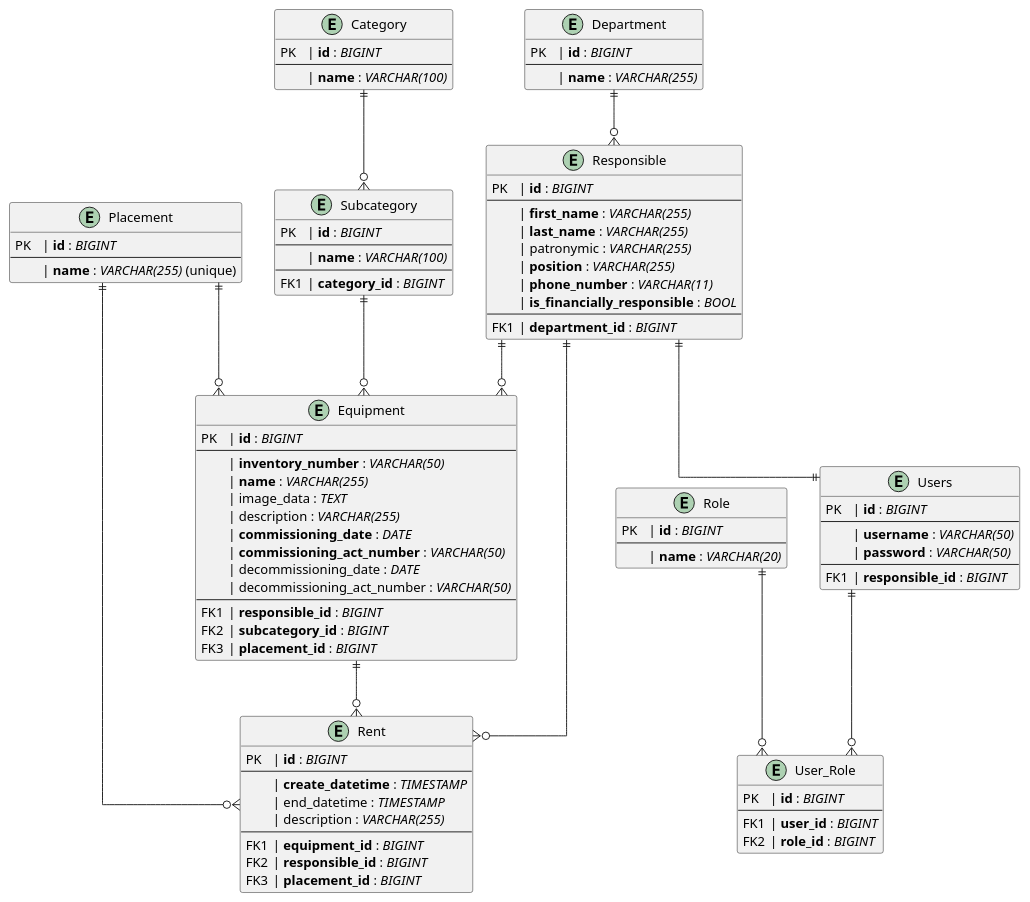
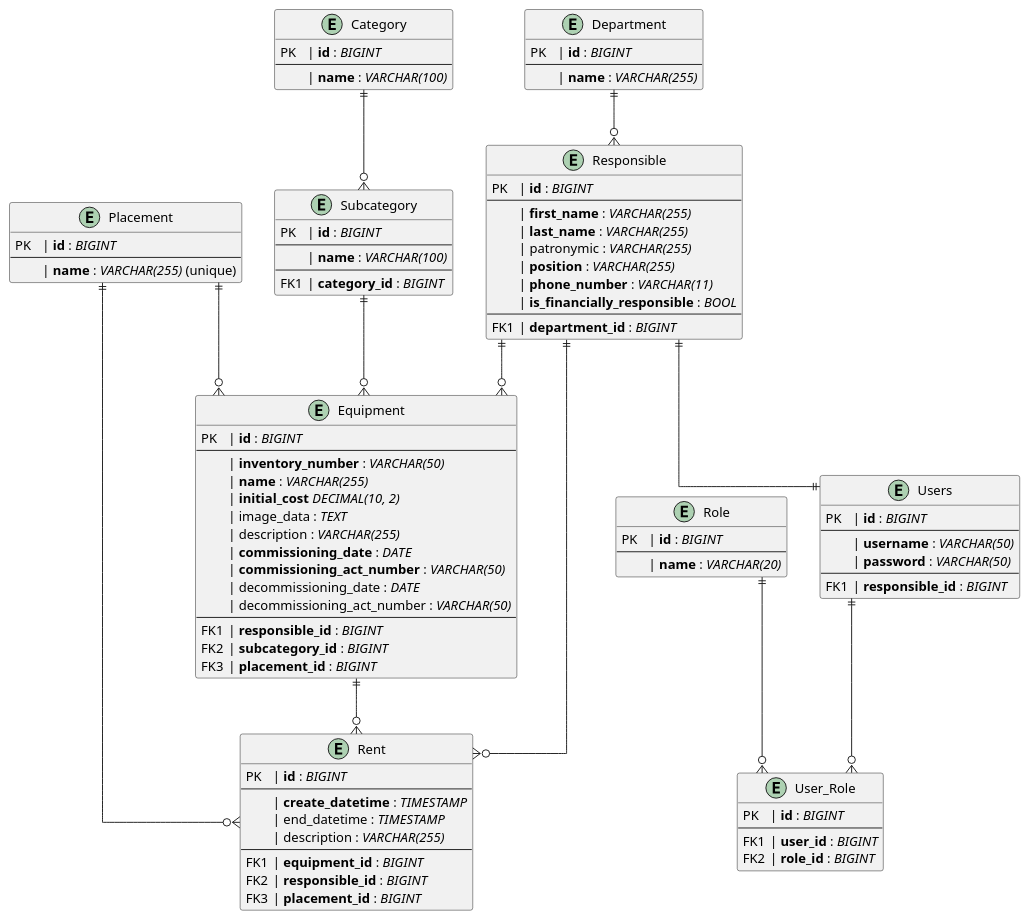
Before and after one commit to http3ac3/mtru-server: the diagram in docs/er.puml, drawn with PlantUML. The commit also changed 7 other files, not shown here.

Commit message:
feat: add column 'initial_cost' to equipment, add specification to initial cost field

```diff
--- a/docs/er.puml
+++ b/docs/er.puml
@@ -1,110 +1,111 @@
 @startuml
 skinparam linetype ortho
 
 'сущности
 
 entity Equipment {
   PK\t| **id** : //BIGINT//
   --
     \t| **inventory_number** : //VARCHAR(50)//
     \t| **name** : //VARCHAR(255)//
+    \t| **initial_cost** //DECIMAL(10, 2)//
     \t| image_data : //TEXT//
     \t| description : //VARCHAR(255)//
     \t| **commissioning_date** : //DATE//
     \t| **commissioning_act_number** : //VARCHAR(50)//
     \t| decommissioning_date : //DATE//
     \t| decommissioning_act_number : //VARCHAR(50)//
   --
   FK1\t| **responsible_id** : //BIGINT//
   FK2\t| **subcategory_id** : //BIGINT//
   FK3\t| **placement_id** : //BIGINT//
 }
 
 entity Placement {
   PK\t| **id** : //BIGINT//
   --
     \t| **name** : //VARCHAR(255)// (unique)
 }
 
 entity Department {
   PK\t| **id** : //BIGINT//
   --
     \t| **name** : //VARCHAR(255)//
 }
 
 entity Responsible {
   PK\t| **id** : //BIGINT//
   --
     \t| **first_name** : //VARCHAR(255)//
     \t| **last_name** : //VARCHAR(255)//
     \t| patronymic : //VARCHAR(255)//
     \t| **position** : //VARCHAR(255)//
     \t| **phone_number** : //VARCHAR(11)//
     \t| **is_financially_responsible** : //BOOL//
   --
   FK1\t| **department_id** : //BIGINT//
 }
 
 entity Category {
   PK\t| **id** : //BIGINT//
   --
     \t| **name** : //VARCHAR(100)//
 }
 
 entity Subcategory {
   PK\t| **id** : //BIGINT//
   --
     \t| **name** : //VARCHAR(100)//
   --
   FK1\t| **category_id** : //BIGINT//
 }
 
 entity Rent {
   PK\t| **id** : //BIGINT//
   --
     \t| **create_datetime** : //TIMESTAMP//
     \t| end_datetime : //TIMESTAMP//
     \t| description : //VARCHAR(255)//
   --
   FK1\t| **equipment_id** : //BIGINT//
   FK2\t| **responsible_id** : //BIGINT//
   FK3\t| **placement_id** : //BIGINT//
 }
 
 entity Users {
   PK\t| **id** : //BIGINT//
   --
     \t| **username** : //VARCHAR(50)//
     \t| **password** : //VARCHAR(50)//
   --
   FK1\t| **responsible_id** : //BIGINT//
 }
 
 entity Role {
   PK\t| **id** : //BIGINT//
   --
     \t| **name** : //VARCHAR(20)//
 }
 
 entity User_Role {
   PK\t| **id** : //BIGINT//
   --
   FK1\t| **user_id** : //BIGINT//
   FK2\t| **role_id** : //BIGINT//
 }
 
 'relationships
 
 Category    ||--o{ Subcategory
 Subcategory ||--o{ Equipment
 Equipment   ||--o{ Rent
 Responsible ||--o{ Rent
 Placement   ||--o{ Equipment
 Placement   ||--o{ Rent
 Responsible ||--|| Users
 Department ||--o{ Responsible
 Responsible ||--o{ Equipment
 
 Users ||--o{ User_Role
 Role ||--o{ User_Role
 @enduml
```
